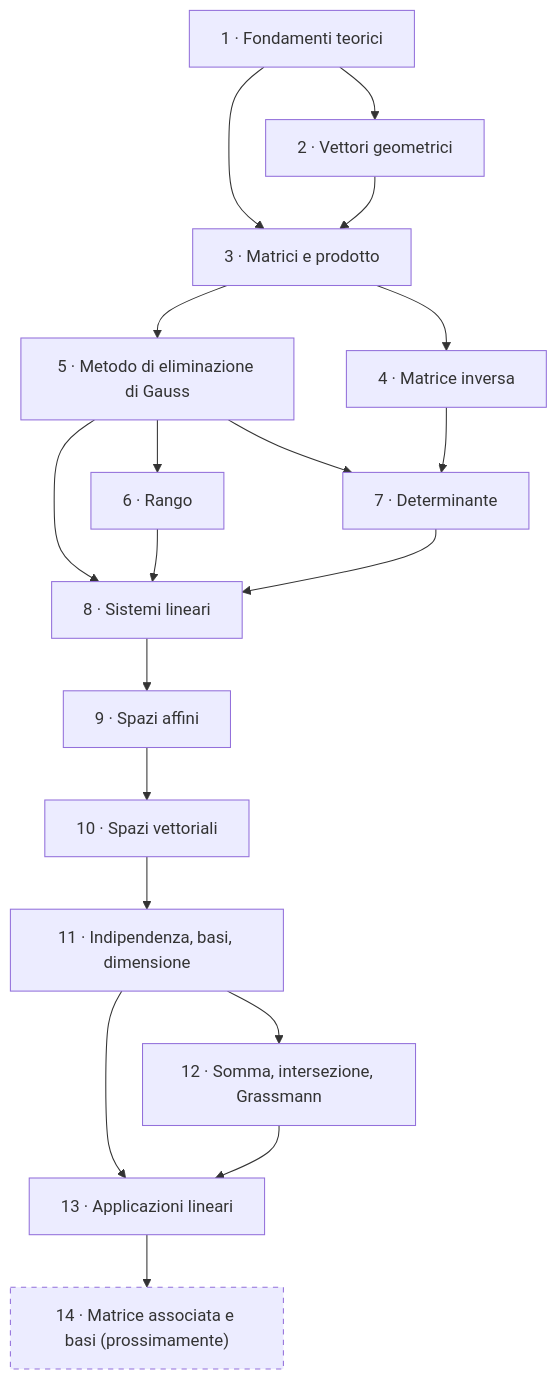
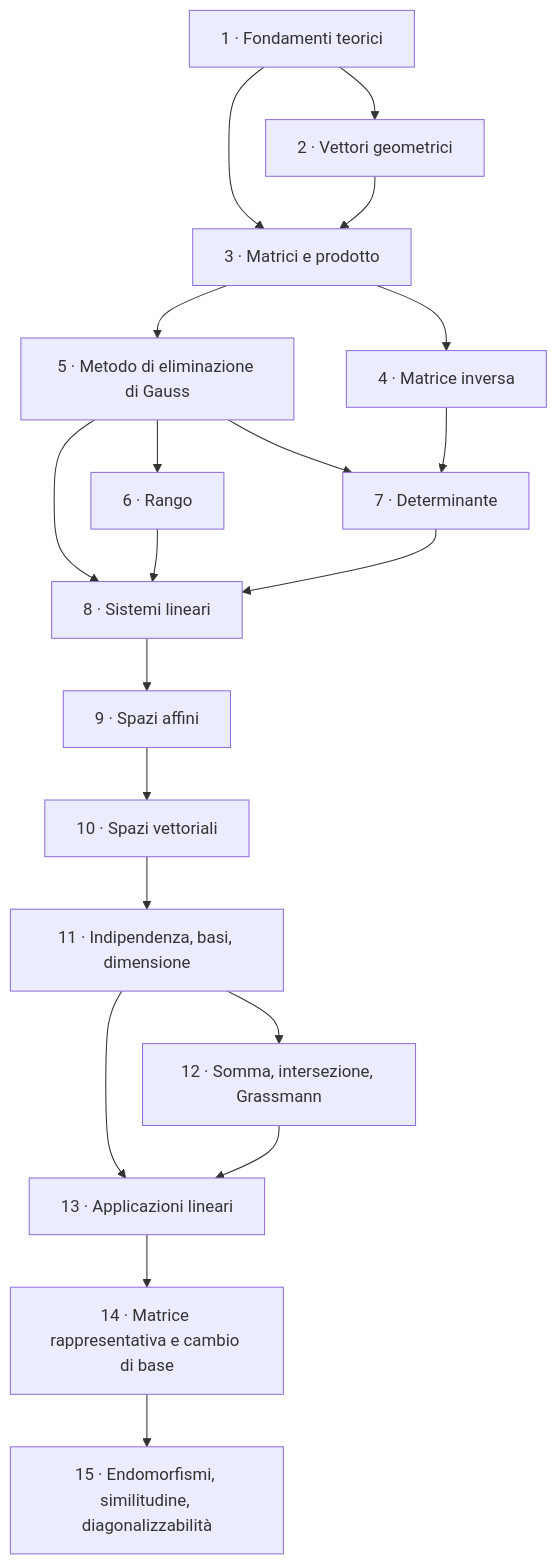
Before and after one commit to rikytomasoni-pixel/Studio: the diagram in 2026-2027/20_Geometria_Algebra_Lineare/00_MOC_GAL.md, drawn with Mermaid. The commit also changed other lines of this file and 77 other files, not shown here.

````diff
--- a/2026-2027/20_Geometria_Algebra_Lineare/00_MOC_GAL.md
+++ b/2026-2027/20_Geometria_Algebra_Lineare/00_MOC_GAL.md
@@ -50,28 +50,29 @@
 ```mermaid
 flowchart TD
     G1["1 · Fondamenti teorici"] --> G2["2 · Vettori geometrici"]
     G1 --> G3["3 · Matrici e prodotto"]
     G2 --> G3
     G3 --> G4["4 · Matrice inversa"]
     G3 --> G5["5 · Metodo di eliminazione di Gauss"]
     G5 --> G6["6 · Rango"]
     G5 --> G7["7 · Determinante"]
     G4 --> G7
     G5 --> G8["8 · Sistemi lineari"]
     G6 --> G8
     G7 --> G8
     G8 --> G9["9 · Spazi affini"]
     G9 --> G10["10 · Spazi vettoriali"]
     G10 --> G11["11 · Indipendenza, basi, dimensione"]
     G11 --> G12["12 · Somma, intersezione, Grassmann"]
     G11 --> G13["13 · Applicazioni lineari"]
     G12 --> G13
-    G13 --> G14["14 · Matrice associata e basi (prossimamente)"]
+    G13 --> G14["14 · Matrice rappresentativa e cambio di base"]
+    G14 --> G15["15 · Endomorfismi, similitudine, diagonalizzabilità"]
 
     classDef fatto fill:#c8e6c9,stroke:#2e7d32,color:#000
     classDef corso fill:#fff3cd,stroke:#b8860b,color:#000
     classDef futuro stroke-dasharray: 5 5
-    class G14 futuro
+    %% class G15 futuro
     %% class G1,G2 fatto
     %% class G3 corso
 ```
````
